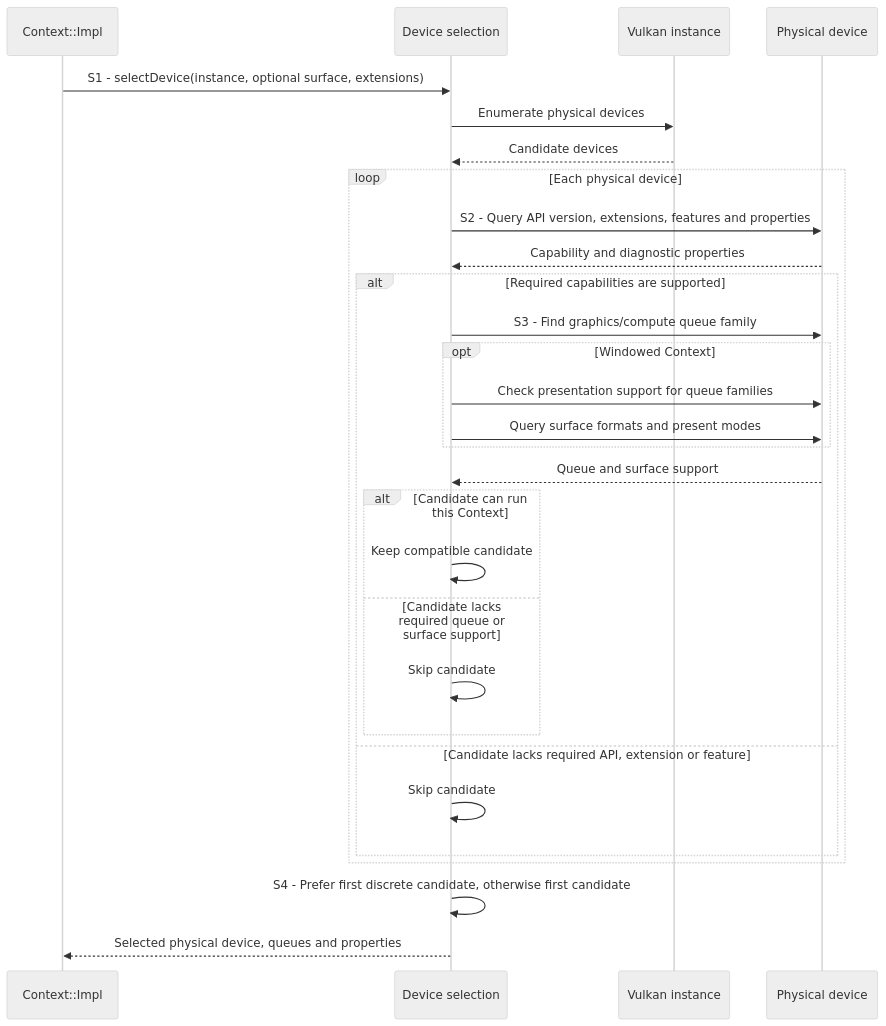
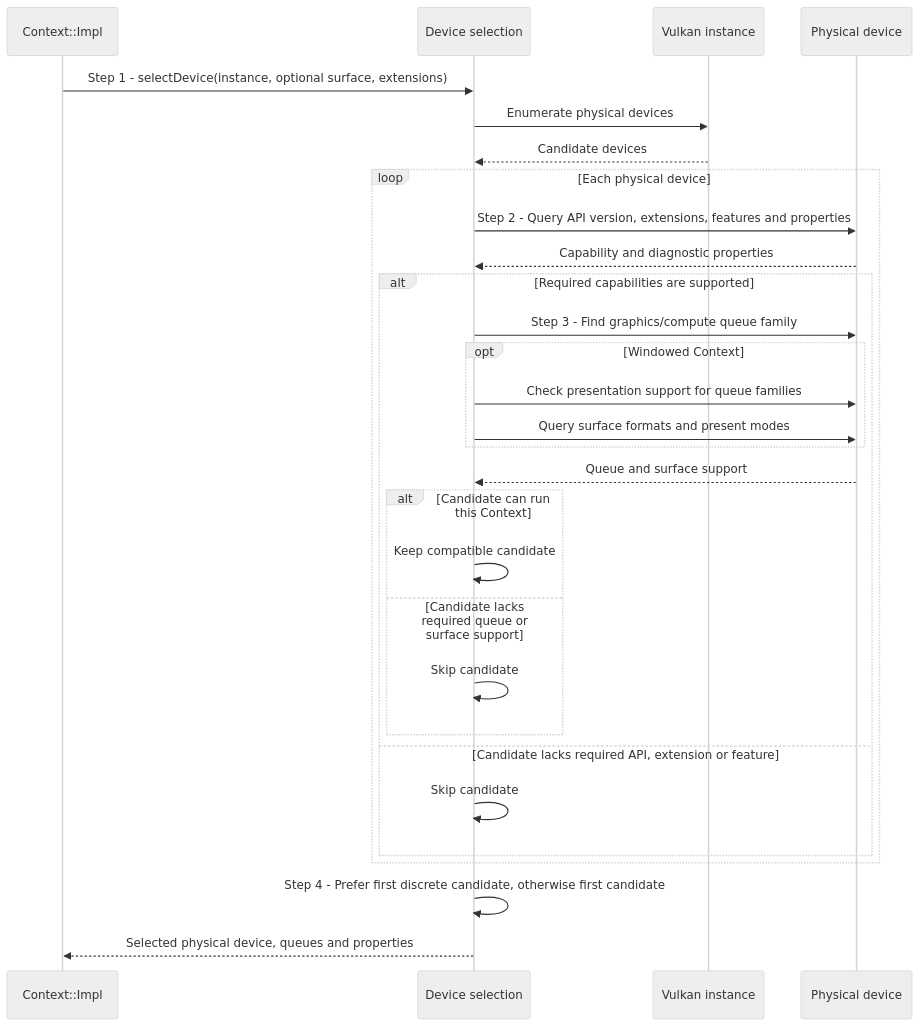
One commit to a-soltysik/Panda changed the diagram in docs/use-cases/select-vulkan-device.md. Above: the diagram before and after it, drawn with Mermaid (neutral theme). The commit also changed other lines of this file and 8 other files, not shown here.

````diff
--- a/docs/use-cases/select-vulkan-device.md
+++ b/docs/use-cases/select-vulkan-device.md
@@ -46,31 +52,31 @@
 ```mermaid
 sequenceDiagram
     participant C as Context::Impl
     participant S as Device selection
     participant I as Vulkan instance
     participant D as Physical device
-    C->>S: S1 - selectDevice(instance, optional surface, extensions)
+    C->>S: Step 1 - selectDevice(instance, optional surface, extensions)
     S->>I: Enumerate physical devices
     I-->>S: Candidate devices
     loop Each physical device
-        S->>D: S2 - Query API version, extensions, features and properties
+        S->>D: Step 2 - Query API version, extensions, features and properties
         D-->>S: Capability and diagnostic properties
         alt Required capabilities are supported
-            S->>D: S3 - Find graphics/compute queue family
+            S->>D: Step 3 - Find graphics/compute queue family
             opt Windowed Context
                 S->>D: Check presentation support for queue families
                 S->>D: Query surface formats and present modes
             end
             D-->>S: Queue and surface support
             alt Candidate can run this Context
                 S->>S: Keep compatible candidate
             else Candidate lacks required queue or surface support
                 S->>S: Skip candidate
             end
         else Candidate lacks required API, extension or feature
             S->>S: Skip candidate
         end
     end
-    S->>S: S4 - Prefer first discrete candidate, otherwise first candidate
+    S->>S: Step 4 - Prefer first discrete candidate, otherwise first candidate
     S-->>C: Selected physical device, queues and properties
 ```
````
